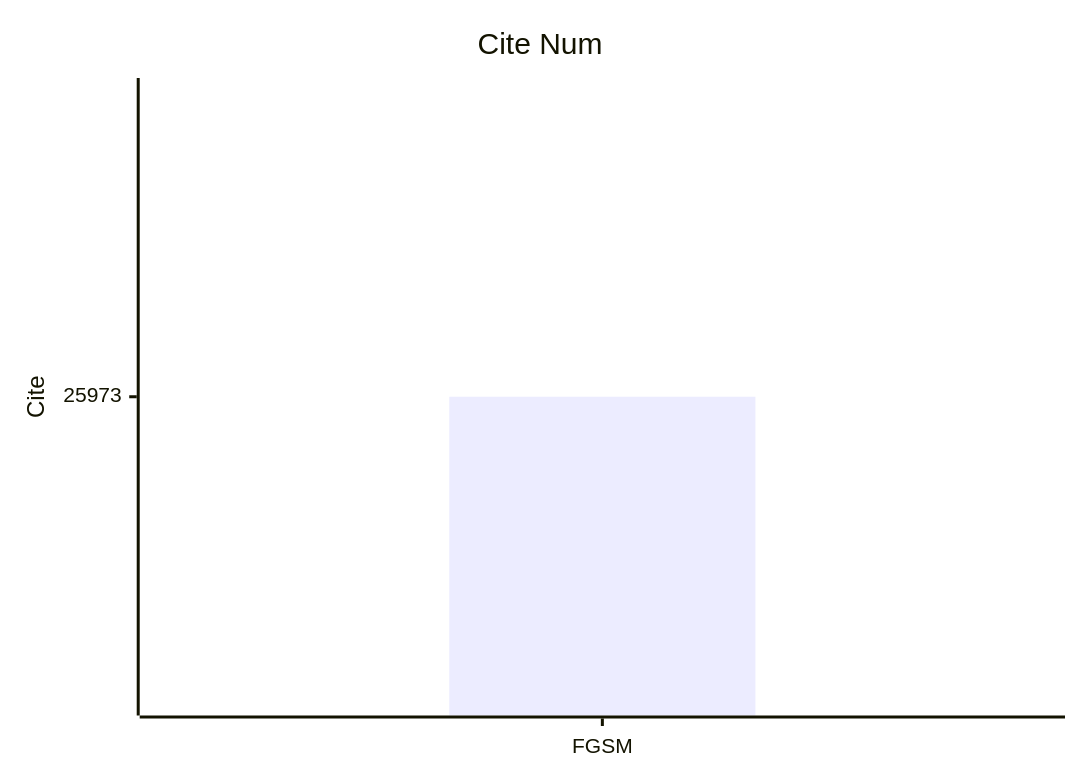
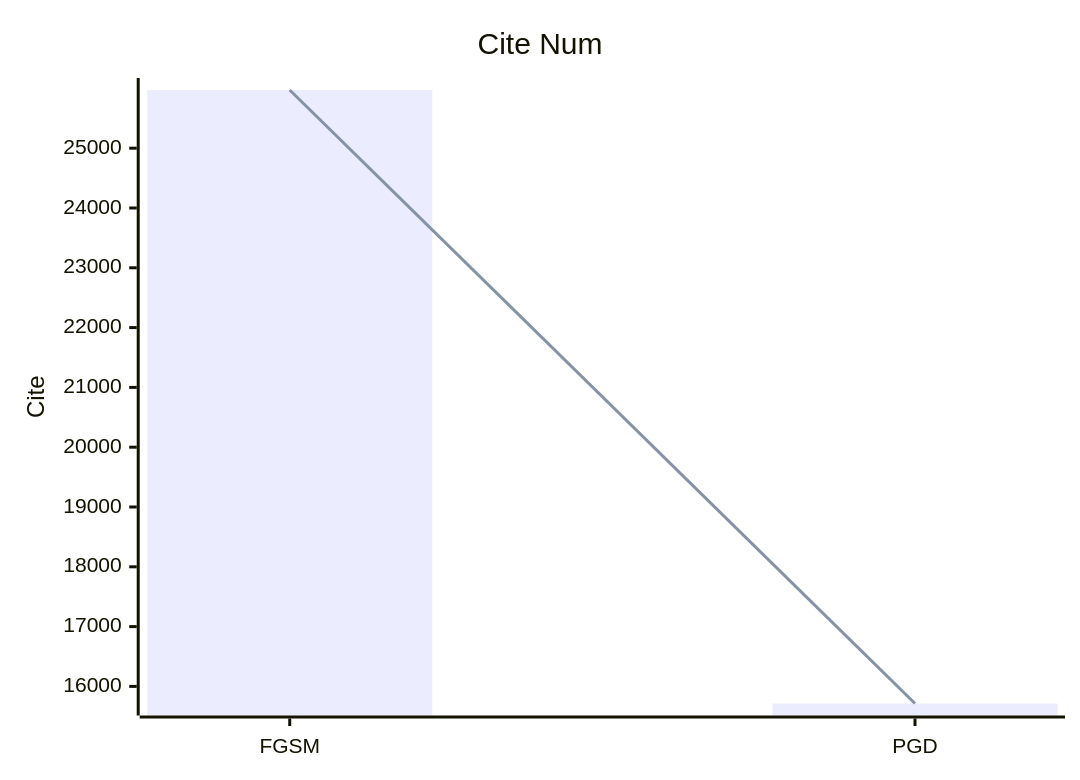
Before and after one commit to Elephant-King9/Paper: the fourth of 4 diagrams in Attack/Adversarial_Attack/CV/analyse.md, drawn with Mermaid. The commit also changed other lines of this file and 4 other files, not shown here.

````diff
--- a/Attack/Adversarial_Attack/CV/analyse.md
+++ b/Attack/Adversarial_Attack/CV/analyse.md
@@ -37,8 +39,8 @@
 ```mermaid
     xychart-beta
     title "Cite Num"
-    x-axis [FGSM]
+    x-axis [FGSM,PGD]
     y-axis "Cite" 
-    bar [25973]
-    line [25973]
+    bar [25973,15714]
+    line [25973,15714]
 ```
````
